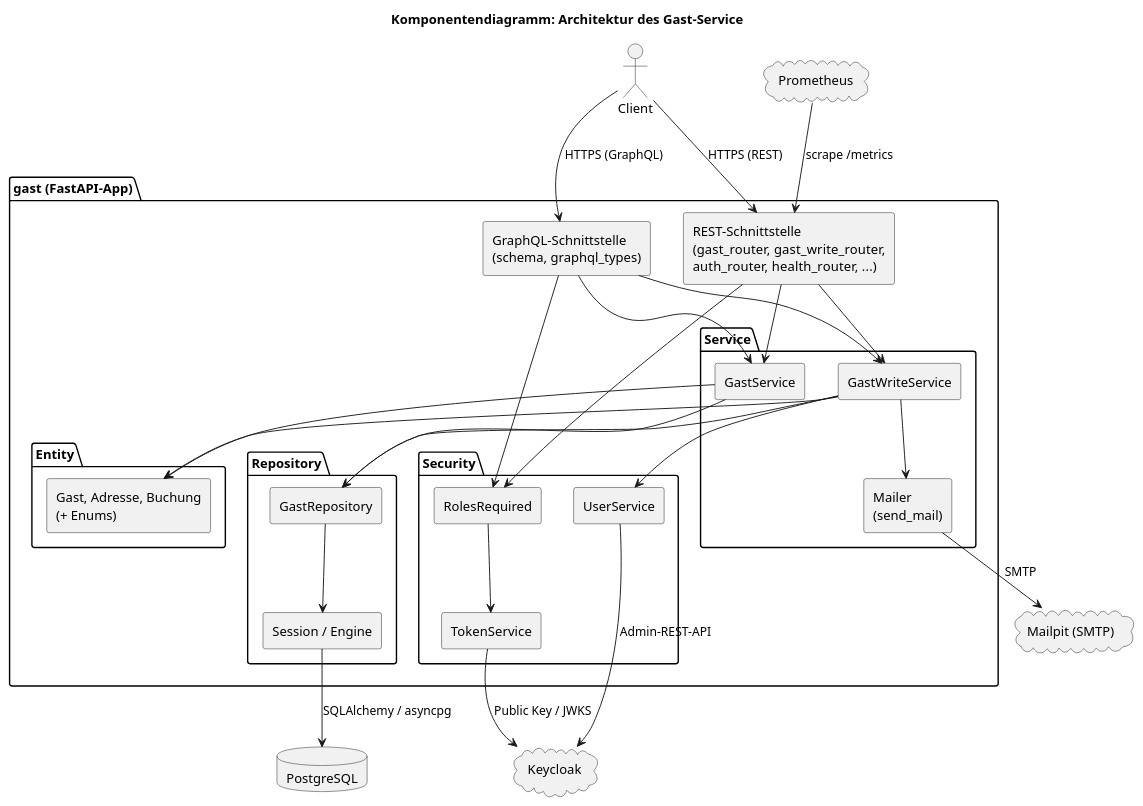
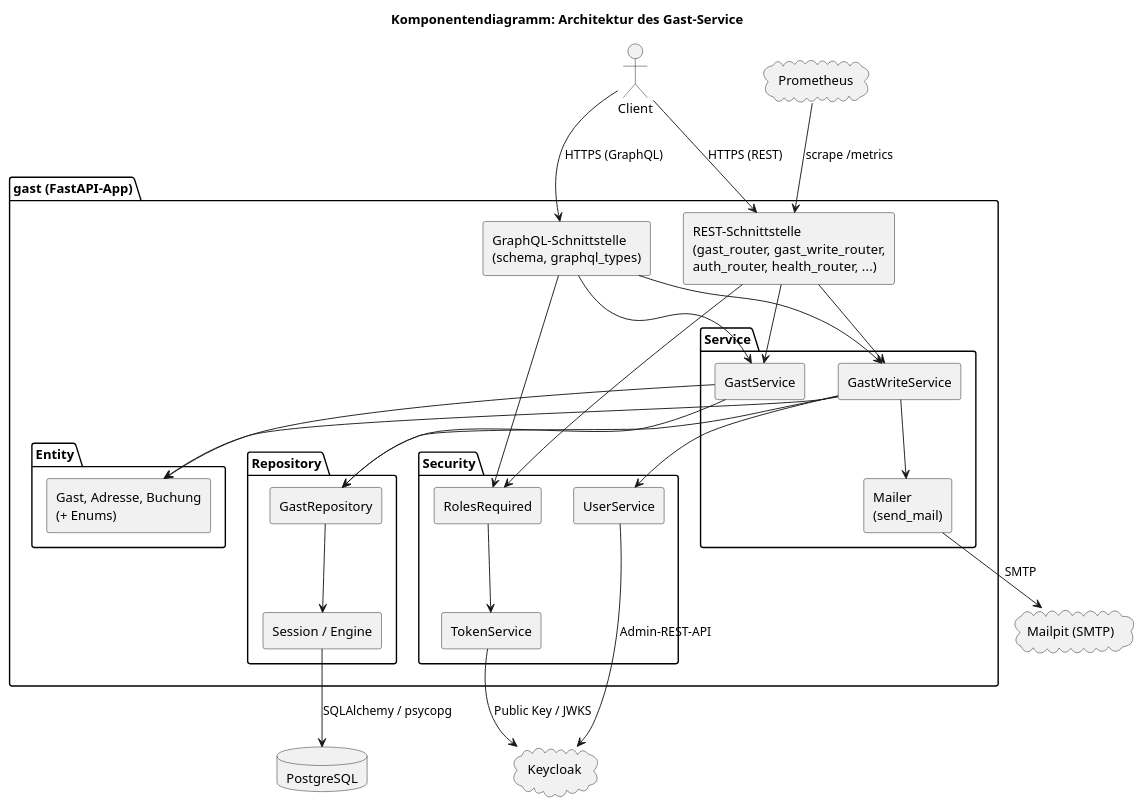
The diagram in docs/diagramme/src/komponentendiagramm.puml (kobe1022/hotel), drawn with PlantUML before and after one commit. The commit also changed 2 other files, not shown here.

Commit message:
Diagramme angepasst

```diff
--- a/docs/diagramme/src/komponentendiagramm.puml
+++ b/docs/diagramme/src/komponentendiagramm.puml
@@ -1,68 +1,68 @@
 @startuml Komponentendiagramm
 
 title Komponentendiagramm: Architektur des Gast-Service
 
 skinparam componentStyle rectangle
 
 actor Client
 
 package "gast (FastAPI-App)" {
 
   component "REST-Schnittstelle\n(gast_router, gast_write_router,\nauth_router, health_router, ...)" as REST
   component "GraphQL-Schnittstelle\n(schema, graphql_types)" as GraphQL
 
   package "Security" {
     component "RolesRequired" as RolesRequired
     component "UserService" as UserService
     component "TokenService" as TokenService
   }
 
   package "Service" {
     component "GastService" as GastService
     component "GastWriteService" as GastWriteService
     component "Mailer\n(send_mail)" as Mailer
   }
 
   package "Repository" {
     component "GastRepository" as GastRepository
     component "Session / Engine" as Session
   }
 
   package "Entity" as EntityPackage {
     component "Gast, Adresse, Buchung\n(+ Enums)" as Entity
   }
 }
 
 database "PostgreSQL" as Postgres
 cloud "Keycloak" as Keycloak
 cloud "Mailpit (SMTP)" as Mailpit
 cloud "Prometheus" as Prometheus
 
 Client --> REST : HTTPS (REST)
 Client --> GraphQL : HTTPS (GraphQL)
 
 REST --> RolesRequired
 GraphQL --> RolesRequired
 REST --> GastService
 REST --> GastWriteService
 GraphQL --> GastService
 GraphQL --> GastWriteService
 
 RolesRequired --> TokenService
 TokenService --> Keycloak : Public Key / JWKS
 UserService --> Keycloak : Admin-REST-API
 
 GastWriteService --> UserService
 GastService --> Entity
 GastWriteService --> Entity
 GastService --> GastRepository
 GastWriteService --> GastRepository
 GastWriteService --> Mailer
 
 GastRepository --> Session
-Session --> Postgres : SQLAlchemy / asyncpg
+Session --> Postgres : SQLAlchemy / psycopg
 Mailer --> Mailpit : SMTP
 
 Prometheus --> REST : scrape /metrics
 
 @enduml
```
